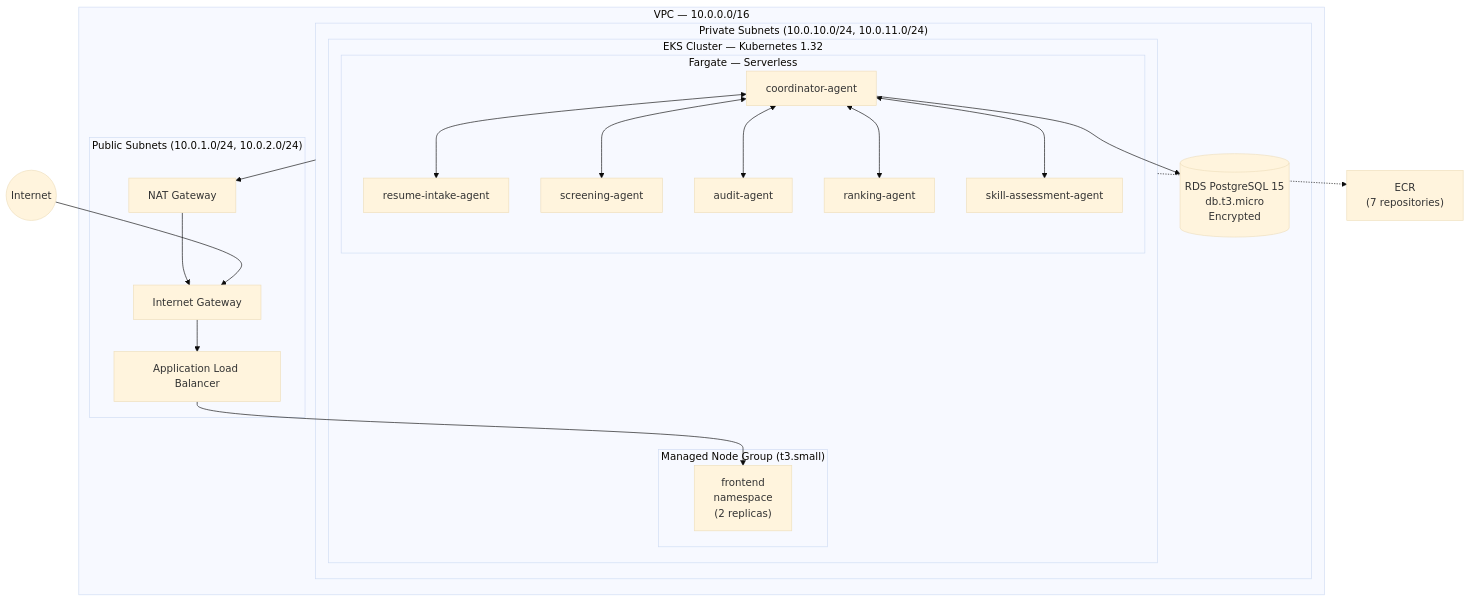
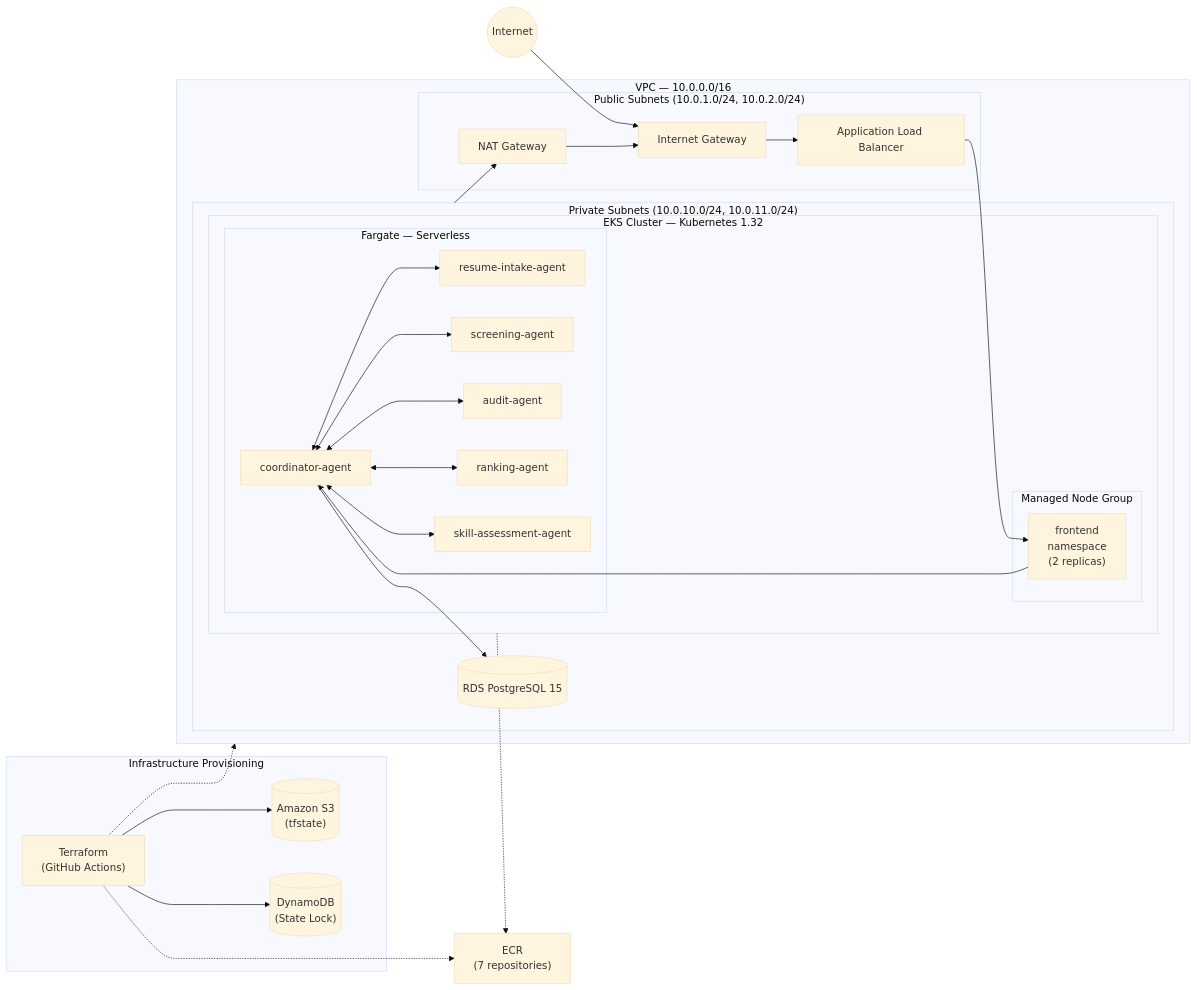
One commit to NUS-ISS-T20-GCAAS/agent-based-hiring-system changed the first of 2 diagrams in infra/terraform/README.md. Above: the diagram before and after it, drawn with Mermaid (base theme).

Commit message:
Add Terraform into infra diagram

````diff
--- a/infra/terraform/README.md
+++ b/infra/terraform/README.md
@@ -46,41 +46,51 @@
 ```mermaid
-graph TB
+graph LR
+    subgraph Provisioning["Infrastructure Provisioning"]
+        TF["Terraform<br/>(GitHub Actions)"] --> S3[("Amazon S3<br/>(tfstate)")]
+        TF --> DDB[("DynamoDB<br/>(State Lock)")]
+    end
+
     Internet((Internet))
+    ECR["ECR<br/>(7 repositories)"]
 
     subgraph VPC["VPC — 10.0.0.0/16"]
         subgraph PubSub["Public Subnets (10.0.1.0/24, 10.0.2.0/24)"]
             IGW[Internet Gateway]
             ALB[Application Load Balancer]
             NAT[NAT Gateway]
         end
 
         subgraph PrivSub["Private Subnets (10.0.10.0/24, 10.0.11.0/24)"]
             subgraph EKS["EKS Cluster — Kubernetes 1.32"]
-                subgraph NodeGroup["Managed Node Group (t3.small)"]
+                subgraph NodeGroup["Managed Node Group"]
                     FE["frontend<br/>namespace<br/>(2 replicas)"]
                 end
                 subgraph Fargate["Fargate — Serverless"]
                     COORD["coordinator-agent"]
                     RESUME["resume-intake-agent"]
                     SCREEN["screening-agent"]
                     AUDIT["audit-agent"]
                     RANKING["ranking-agent"]
                     SKILL["skill-assessment-agent"]
                 end
             end
-            RDS[("RDS PostgreSQL 15<br/>db.t3.micro<br/>Encrypted")]
+            RDS[("RDS PostgreSQL 15")]
         end
     end
 
-    ECR["ECR<br/>(7 repositories)"]
+    TF -.-> VPC
+    TF -.-> ECR
 
     Internet --> IGW --> ALB --> FE
+    FE --> COORD
+    
     COORD --> RDS
     COORD <--> RESUME
     COORD <--> SCREEN
     COORD <--> AUDIT
     COORD <--> RANKING
     COORD <--> SKILL
+    
     PrivSub --> NAT --> IGW
     EKS -.-> ECR
 ```
````
